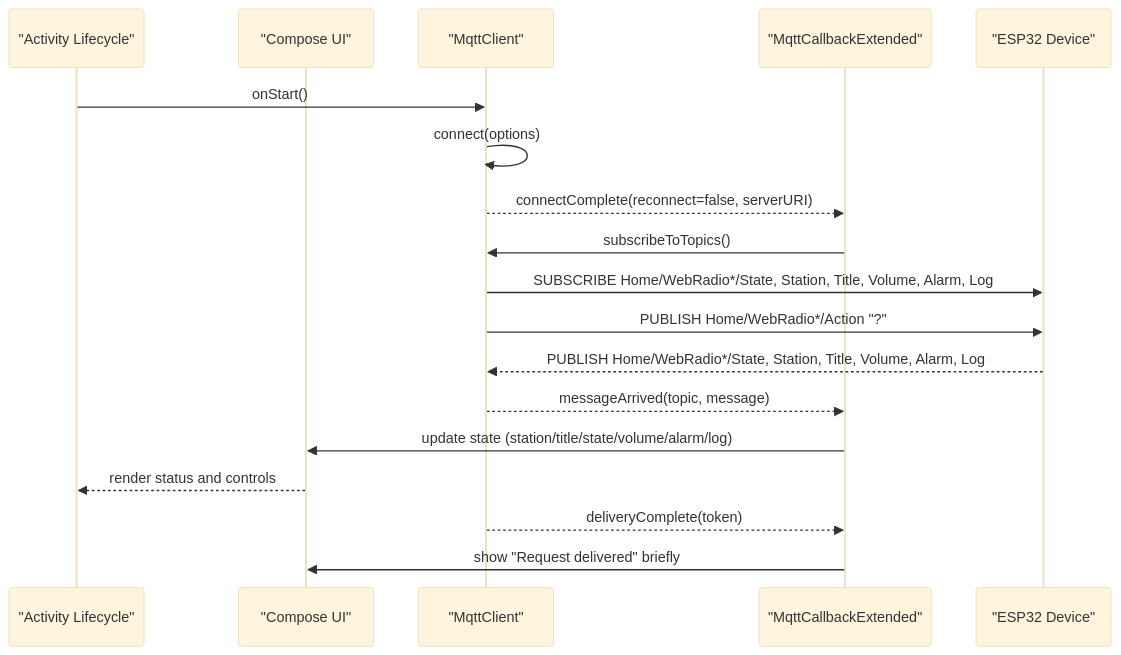
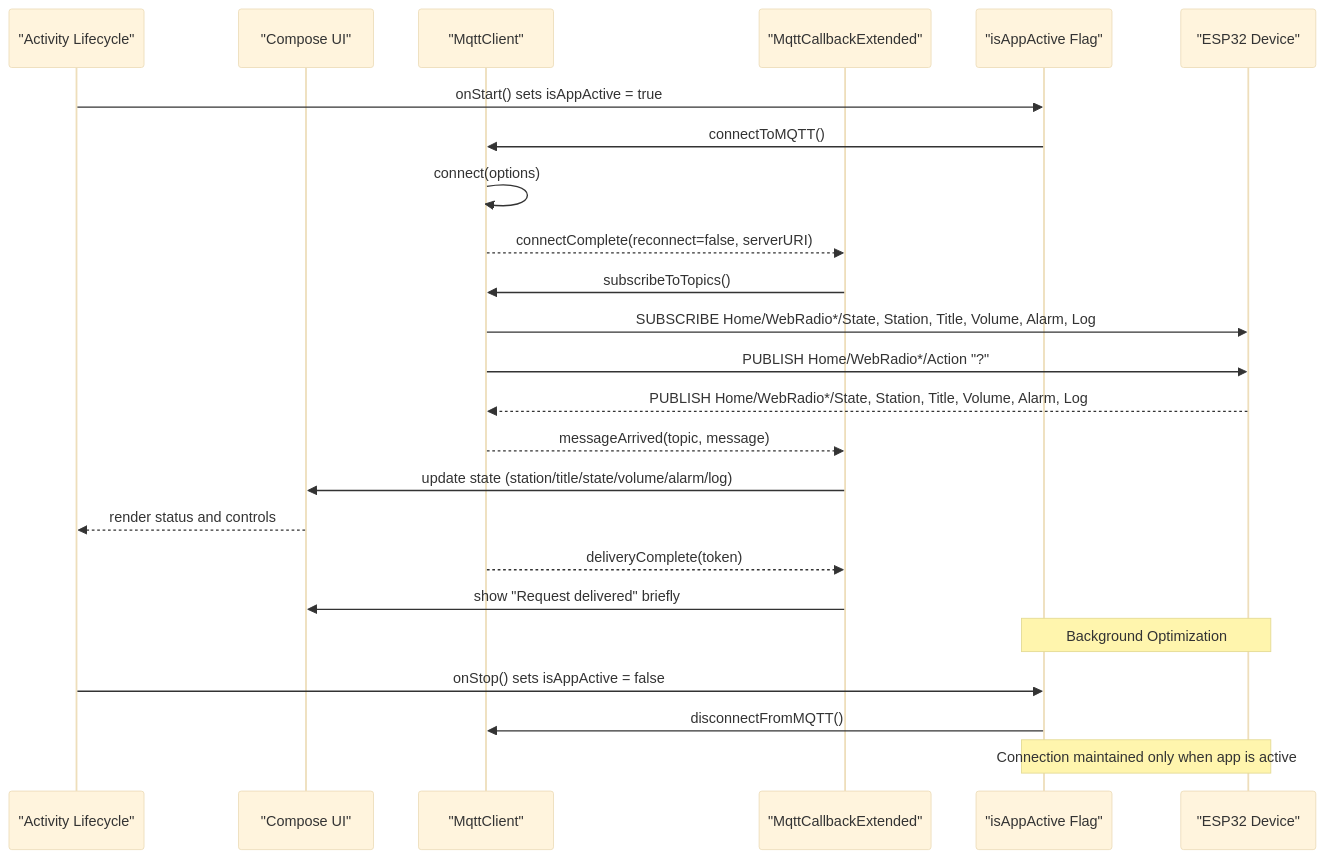
One commit to dip16igor/Webradio changed the second of 7 diagrams in .qoder/repowiki/en/content/Android Application/MQTT Communication Layer.md. Above: the diagram before and after it, drawn with Mermaid (base theme). The commit also changed other lines of this file and 2 other files, not shown here.

First line of the commit message:
docs(mqtt): enhance lifecycle-aware MQTT connection management

````diff
--- a/.qoder/repowiki/en/content/Android Application/MQTT Communication Layer.md
+++ b/.qoder/repowiki/en/content/Android Application/MQTT Communication Layer.md
@@ -81,20 +90,26 @@
 ```mermaid
 sequenceDiagram
 participant Act as "Activity Lifecycle"
 participant UI as "Compose UI"
 participant MQ as "MqttClient"
 participant CB as "MqttCallbackExtended"
+participant State as "isAppActive Flag"
 participant Dev as "ESP32 Device"
-Act->>MQ : onStart()
+Act->>State : onStart() sets isAppActive = true
+State->>MQ : connectToMQTT()
 MQ->>MQ : connect(options)
 MQ-->>CB : connectComplete(reconnect=false, serverURI)
 CB->>MQ : subscribeToTopics()
 MQ->>Dev : SUBSCRIBE Home/WebRadio*/State, Station, Title, Volume, Alarm, Log
 MQ->>Dev : PUBLISH Home/WebRadio*/Action "?"
 Dev-->>MQ : PUBLISH Home/WebRadio*/State, Station, Title, Volume, Alarm, Log
 MQ-->>CB : messageArrived(topic, message)
 CB->>UI : update state (station/title/state/volume/alarm/log)
 UI-->>Act : render status and controls
 MQ-->>CB : deliveryComplete(token)
 CB->>UI : show "Request delivered" briefly
+Note over State,Dev : Background Optimization
+Act->>State : onStop() sets isAppActive = false
+State->>MQ : disconnectFromMQTT()
+Note over State,Dev : Connection maintained only when app is active
 ```
````
